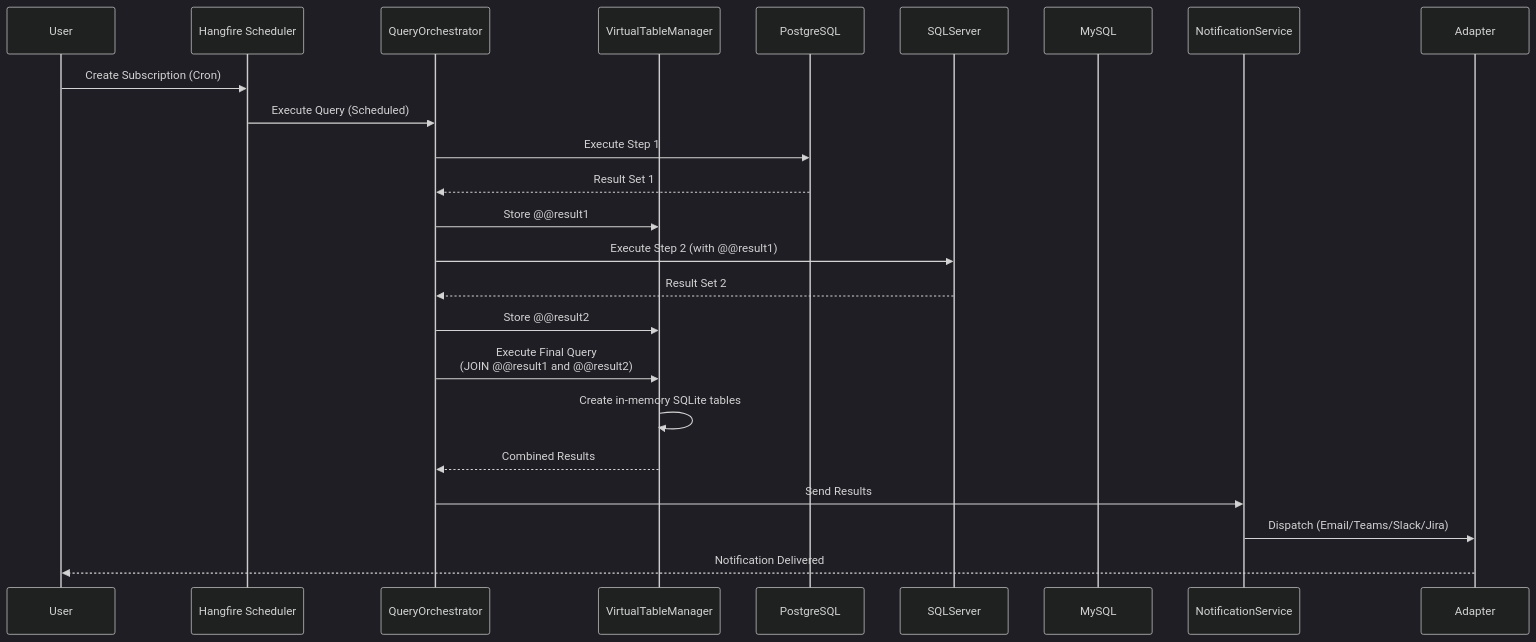
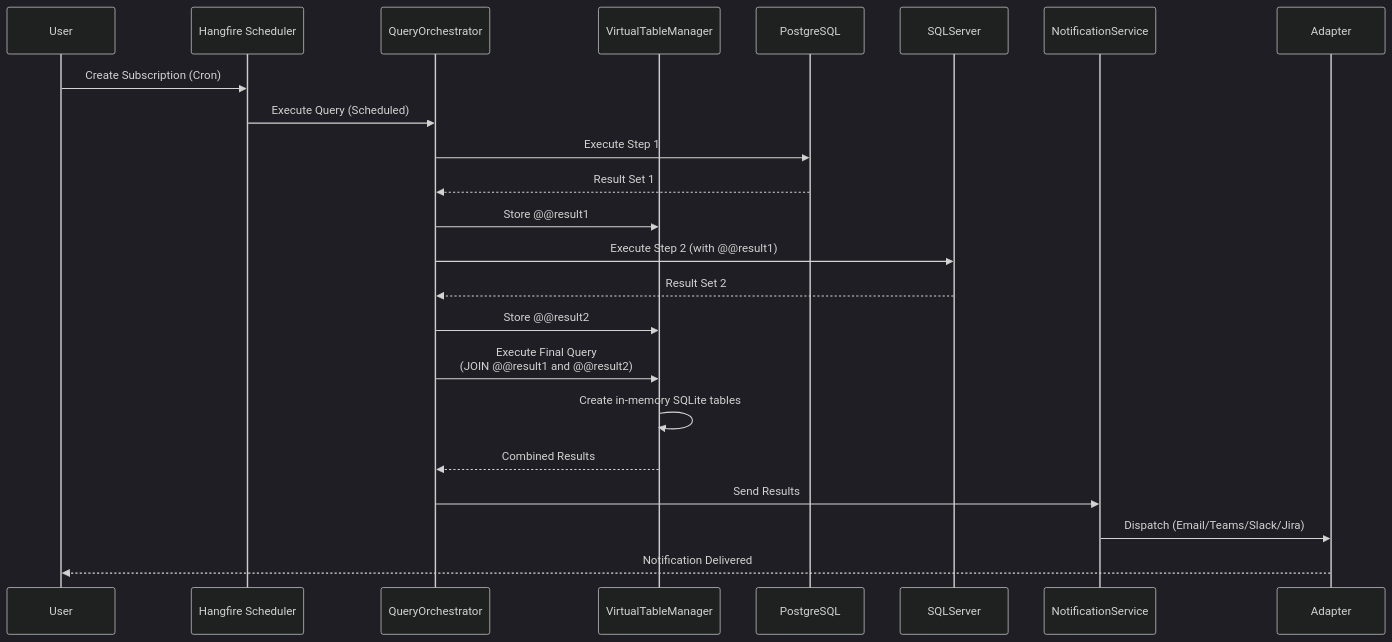
Before and after one commit to moberghr/beacon: the second of 3 diagrams in docs/index.md, drawn with Mermaid (dark theme). The commit also changed other lines of this file and 113 other files, not shown here.

````diff
--- a/docs/index.md
+++ b/docs/index.md
@@ -92,31 +98,30 @@
 ```mermaid
 sequenceDiagram
     participant User
     participant Scheduler as Hangfire Scheduler
     participant QueryOrchestrator
     participant VirtualTableManager
     participant PostgreSQL
     participant SQLServer
-    participant MySQL
     participant NotificationService
     participant Adapter
 
     User->>Scheduler: Create Subscription (Cron)
     Scheduler->>QueryOrchestrator: Execute Query (Scheduled)
 
     QueryOrchestrator->>PostgreSQL: Execute Step 1
     PostgreSQL-->>QueryOrchestrator: Result Set 1
     QueryOrchestrator->>VirtualTableManager: Store @@result1
 
     QueryOrchestrator->>SQLServer: Execute Step 2 (with @@result1)
     SQLServer-->>QueryOrchestrator: Result Set 2
     QueryOrchestrator->>VirtualTableManager: Store @@result2
 
     QueryOrchestrator->>VirtualTableManager: Execute Final Query<br/>(JOIN @@result1 and @@result2)
     VirtualTableManager->>VirtualTableManager: Create in-memory SQLite tables
     VirtualTableManager-->>QueryOrchestrator: Combined Results
 
     QueryOrchestrator->>NotificationService: Send Results
     NotificationService->>Adapter: Dispatch (Email/Teams/Slack/Jira)
     Adapter-->>User: Notification Delivered
 ```
````
